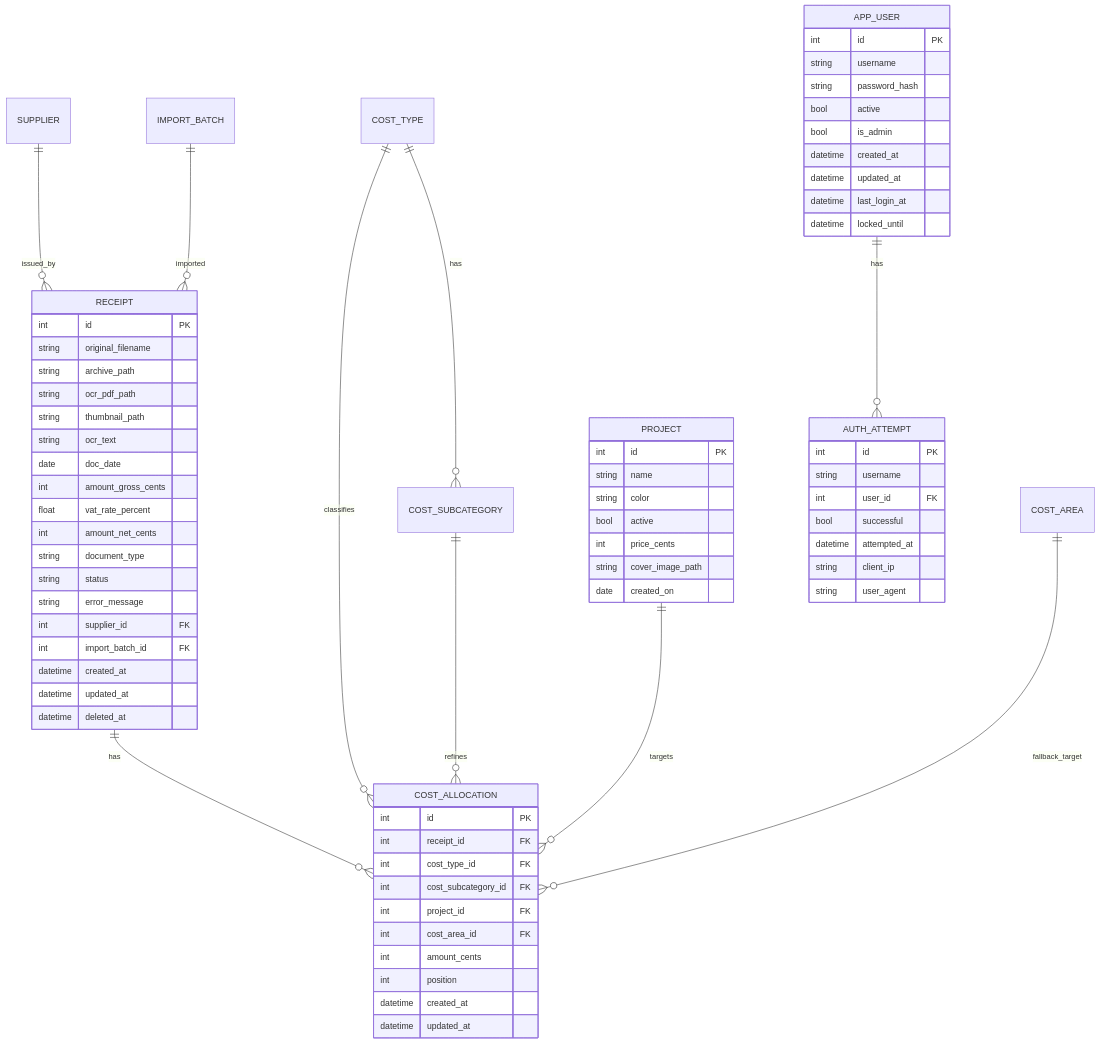
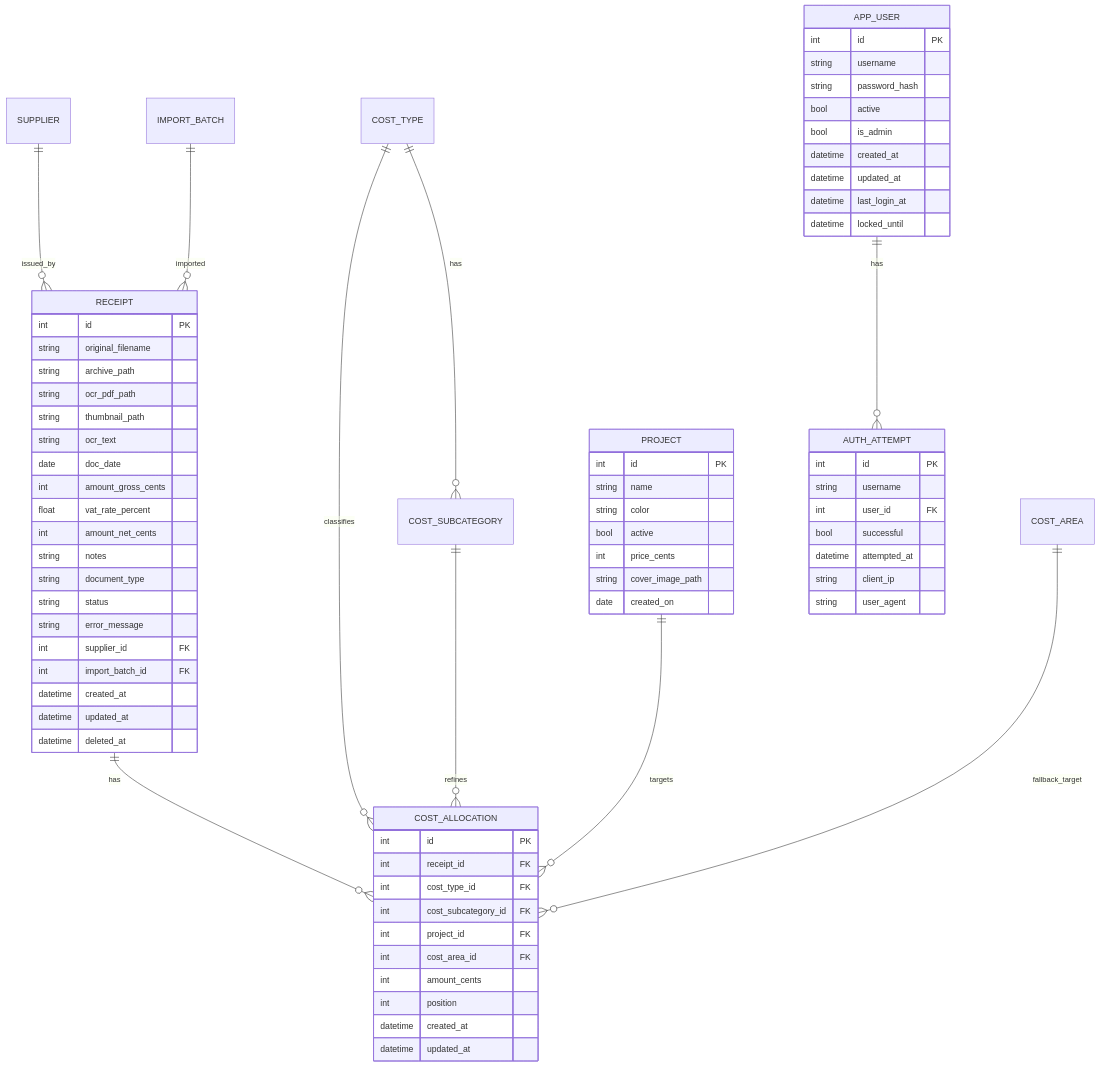
One commit to hjenkel/atelierbuddy changed the diagram in docs/developer/database.md. Above: the diagram before and after it, drawn with Mermaid. The commit also changed other lines of this file and 6 other files, not shown here.

````diff
--- a/docs/developer/database.md
+++ b/docs/developer/database.md
@@ -19,78 +19,79 @@
 ```mermaid
 erDiagram
     RECEIPT ||--o{ COST_ALLOCATION : has
     COST_TYPE ||--o{ COST_SUBCATEGORY : has
     COST_TYPE ||--o{ COST_ALLOCATION : classifies
     COST_SUBCATEGORY ||--o{ COST_ALLOCATION : refines
     PROJECT ||--o{ COST_ALLOCATION : targets
     COST_AREA ||--o{ COST_ALLOCATION : fallback_target
     SUPPLIER ||--o{ RECEIPT : issued_by
     IMPORT_BATCH ||--o{ RECEIPT : imported
     APP_USER ||--o{ AUTH_ATTEMPT : has
 
     RECEIPT {
       int id PK
       string original_filename
       string archive_path
       string ocr_pdf_path
       string thumbnail_path
       string ocr_text
       date doc_date
       int amount_gross_cents
       float vat_rate_percent
       int amount_net_cents
+      string notes
       string document_type
       string status
       string error_message
       int supplier_id FK
       int import_batch_id FK
       datetime created_at
       datetime updated_at
       datetime deleted_at
     }
 
     COST_ALLOCATION {
       int id PK
       int receipt_id FK
       int cost_type_id FK
       int cost_subcategory_id FK
       int project_id FK
       int cost_area_id FK
       int amount_cents
       int position
       datetime created_at
       datetime updated_at
     }
 
     PROJECT {
       int id PK
       string name
       string color
       bool active
       int price_cents
       string cover_image_path
       date created_on
     }
 
     APP_USER {
       int id PK
       string username
       string password_hash
       bool active
       bool is_admin
       datetime created_at
       datetime updated_at
       datetime last_login_at
       datetime locked_until
     }
 
     AUTH_ATTEMPT {
       int id PK
       string username
       int user_id FK
       bool successful
       datetime attempted_at
       string client_ip
       string user_agent
     }
 ```
````
